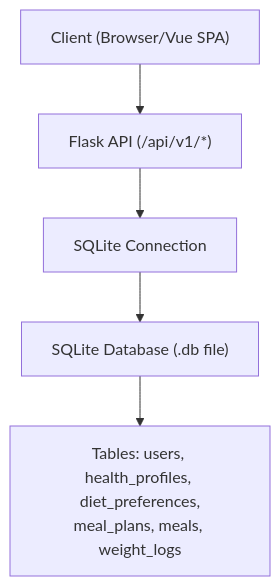
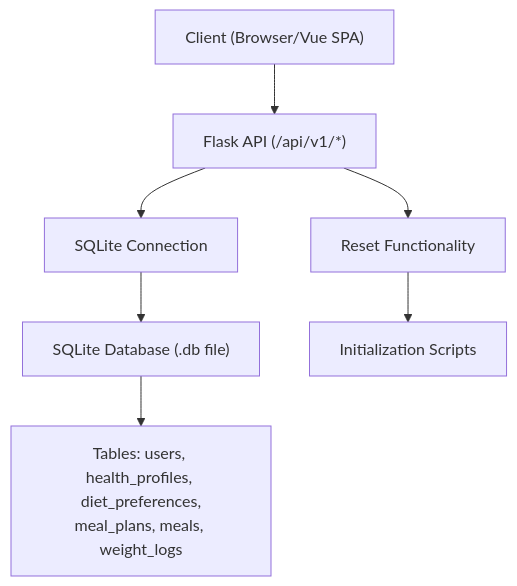
The second of 6 diagrams in .qoder/repowiki/en/content/Backend API Server/Database Schema Design.md (hsarjun04-netizen/NUTRICooACH), drawn with Mermaid before and after one commit. The commit also changed other lines of this file and 7 other files, not shown here.

````diff
--- a/.qoder/repowiki/en/content/Backend API Server/Database Schema Design.md
+++ b/.qoder/repowiki/en/content/Backend API Server/Database Schema Design.md
@@ -163,7 +173,9 @@
 ```mermaid
 graph TB
 Client["Client (Browser/Vue SPA)"] --> API["Flask API (/api/v1/*)"]
 API --> Conn["SQLite Connection"]
 Conn --> DB["SQLite Database (.db file)"]
 DB --> Tables["Tables: users, health_profiles, diet_preferences,<br/>meal_plans, meals, weight_logs"]
+API --> Reset["Reset Functionality"]
+Reset --> Init["Initialization Scripts"]
 ```
````
